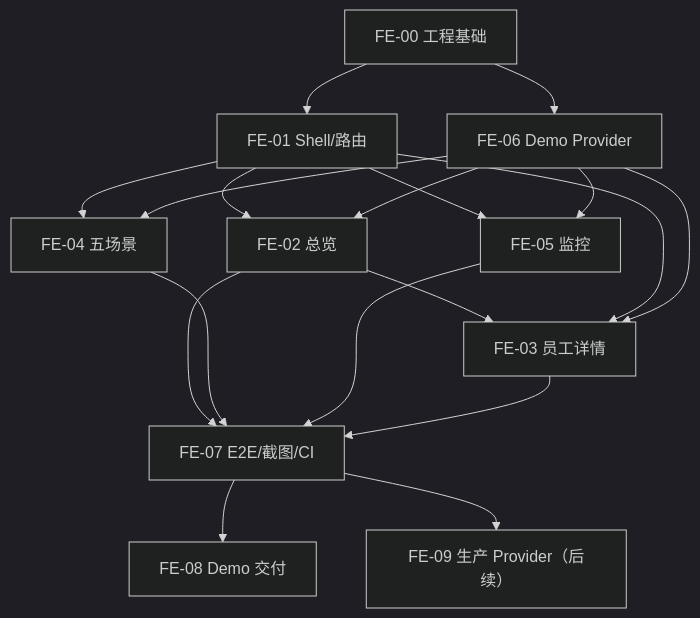
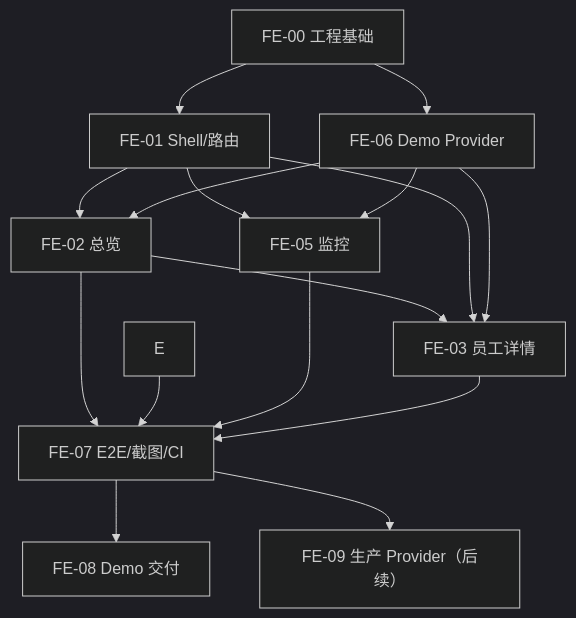
Before and after one commit to jackson-heylion/digital-workforce-dashboard: the diagram in docs/11-frontend-backlog.md, drawn with Mermaid (dark theme). The commit also changed other lines of this file, not shown here.

````diff
--- a/docs/11-frontend-backlog.md
+++ b/docs/11-frontend-backlog.md
@@ -137,17 +136,15 @@
 ```mermaid
 flowchart TD
   A["FE-00 工程基础"] --> B["FE-01 Shell/路由"]
   A --> C["FE-06 Demo Provider"]
   B --> D["FE-02 总览"]
   C --> D
-  B --> E["FE-04 五场景"]
-  C --> E
   B --> F["FE-05 监控"]
   C --> F
   D --> G["FE-03 员工详情"]
   B --> G
   C --> G
   D & E & F & G --> H["FE-07 E2E/截图/CI"]
   H --> I["FE-08 Demo 交付"]
   H --> J["FE-09 生产 Provider（后续）"]
 ```
````
